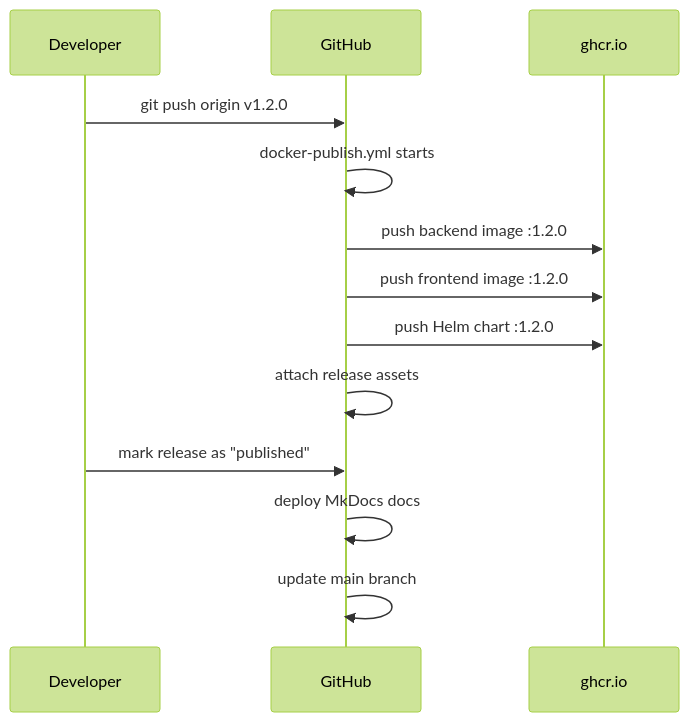
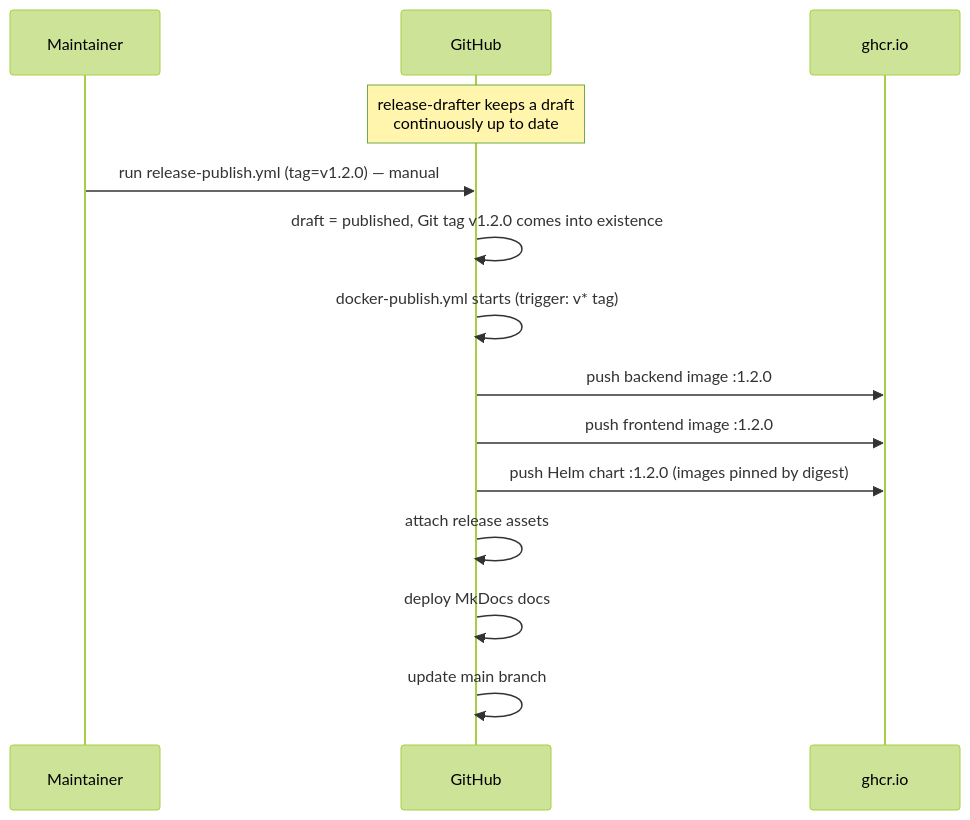
One commit to nolte/kamerplanter changed the first of 2 diagrams in docs/en/deployment/ci-cd.md. Above: the diagram before and after it, drawn with Mermaid (forest theme). The commit also changed other lines of this file and 5 other files, not shown here.

````diff
--- a/docs/en/deployment/ci-cd.md
+++ b/docs/en/deployment/ci-cd.md
@@ -390,16 +405,17 @@
 ```mermaid
 sequenceDiagram
-    participant Dev as Developer
+    participant Dev as Maintainer
     participant GH as GitHub
     participant GHCR as ghcr.io
 
-    Dev->>GH: git push origin v1.2.0
-    GH->>GH: docker-publish.yml starts
+    Note over GH: release-drafter keeps a draft<br/>continuously up to date
+    Dev->>GH: run release-publish.yml (tag=v1.2.0) — manual
+    GH->>GH: draft = published, Git tag v1.2.0 comes into existence
+    GH->>GH: docker-publish.yml starts (trigger: v* tag)
     GH->>GHCR: push backend image :1.2.0
     GH->>GHCR: push frontend image :1.2.0
-    GH->>GHCR: push Helm chart :1.2.0
+    GH->>GHCR: push Helm chart :1.2.0 (images pinned by digest)
     GH->>GH: attach release assets
-    Dev->>GH: mark release as "published"
     GH->>GH: deploy MkDocs docs
     GH->>GH: update main branch
 ```
````
